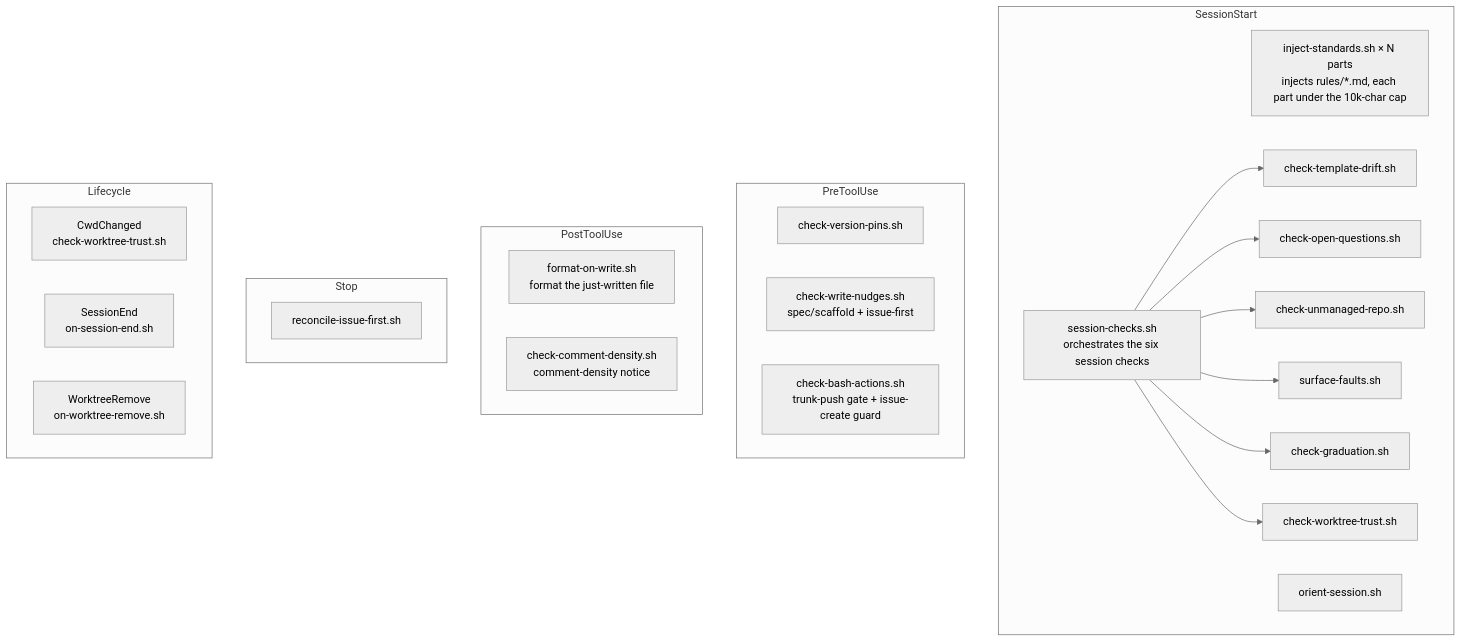
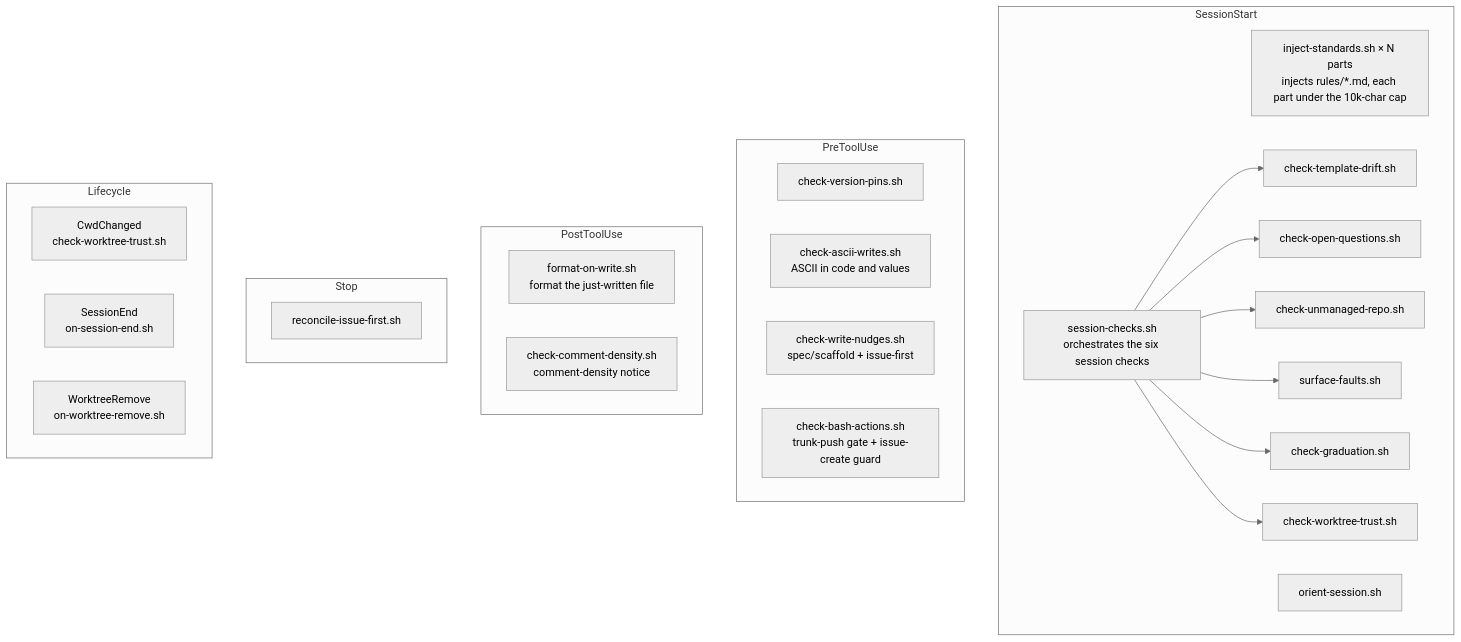
One commit to element22llc/e22-plugins changed the diagram in docs/reference/hooks.md. Above: the diagram before and after it, drawn with Mermaid (neutral theme). The commit also changed other lines of this file and 27 other files, not shown here.

````diff
--- a/docs/reference/hooks.md
+++ b/docs/reference/hooks.md
@@ -53,31 +53,32 @@
 ```mermaid
 flowchart TD
     subgraph SessionStart
       inject[inject-standards.sh × N parts<br/>injects rules/*.md, each part under the 10k-char cap]
       checks[session-checks.sh<br/>orchestrates the six session checks]
       orient[orient-session.sh]
       checks --> drift[check-template-drift.sh]
       checks --> oq[check-open-questions.sh]
       checks --> unmanaged[check-unmanaged-repo.sh]
       checks --> faults[surface-faults.sh]
       checks --> grad[check-graduation.sh]
       checks --> wt[check-worktree-trust.sh]
     end
     subgraph PreToolUse
       pins[check-version-pins.sh]
+      ascii[check-ascii-writes.sh<br/>ASCII in code and values]
       wn[check-write-nudges.sh<br/>spec/scaffold + issue-first]
       ba[check-bash-actions.sh<br/>trunk-push gate + issue-create guard]
     end
     subgraph PostToolUse
       fmt[format-on-write.sh<br/>format the just-written file]
       cd[check-comment-density.sh<br/>comment-density notice]
     end
     subgraph Stop
       reconcile[reconcile-issue-first.sh]
     end
     subgraph Lifecycle
       cwd[CwdChanged<br/>check-worktree-trust.sh]
       send[SessionEnd<br/>on-session-end.sh]
       wtr[WorktreeRemove<br/>on-worktree-remove.sh]
     end
 ```
````
